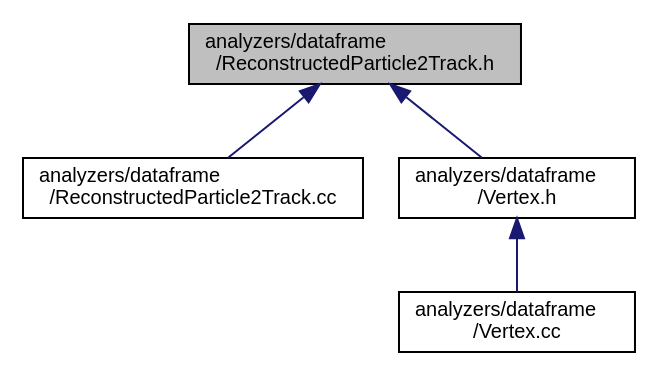
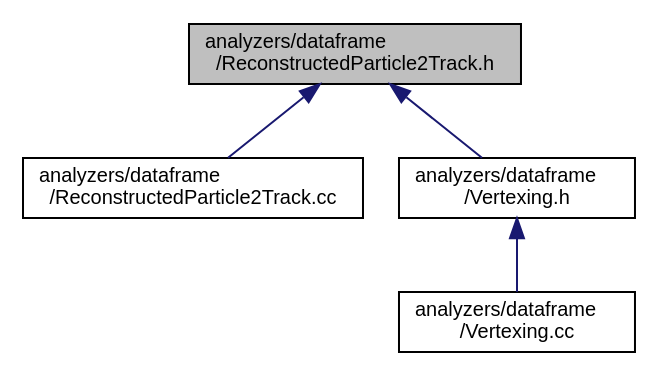
One commit to HEP-FCC/FCCAnalyses changed the diagram in doc/latest/_reconstructed_particle2_track_8h__dep__incl.dot. Above: the diagram before and after it, drawn with Graphviz. The commit also changed 142 other files, not shown here.

```diff
--- a/doc/latest/_reconstructed_particle2_track_8h__dep__incl.dot
+++ b/doc/latest/_reconstructed_particle2_track_8h__dep__incl.dot
@@ -1,13 +1,13 @@
 digraph "analyzers/dataframe/ReconstructedParticle2Track.h"
 {
  // LATEX_PDF_SIZE
   edge [fontname="Helvetica",fontsize="10",labelfontname="Helvetica",labelfontsize="10"];
   node [fontname="Helvetica",fontsize="10",shape=record];
   Node1 [label="analyzers/dataframe\l/ReconstructedParticle2Track.h",height=0.2,width=0.4,color="black", fillcolor="grey75", style="filled", fontcolor="black",tooltip=" "];
   Node1 -> Node2 [dir="back",color="midnightblue",fontsize="10",style="solid",fontname="Helvetica"];
   Node2 [label="analyzers/dataframe\l/ReconstructedParticle2Track.cc",height=0.2,width=0.4,color="black", fillcolor="white", style="filled",URL="$_reconstructed_particle2_track_8cc.html",tooltip=" "];
   Node1 -> Node3 [dir="back",color="midnightblue",fontsize="10",style="solid",fontname="Helvetica"];
-  Node3 [label="analyzers/dataframe\l/Vertex.h",height=0.2,width=0.4,color="black", fillcolor="white", style="filled",URL="$_vertex_8h.html",tooltip=" "];
+  Node3 [label="analyzers/dataframe\l/Vertexing.h",height=0.2,width=0.4,color="black", fillcolor="white", style="filled",URL="$_vertexing_8h.html",tooltip=" "];
   Node3 -> Node4 [dir="back",color="midnightblue",fontsize="10",style="solid",fontname="Helvetica"];
-  Node4 [label="analyzers/dataframe\l/Vertex.cc",height=0.2,width=0.4,color="black", fillcolor="white", style="filled",URL="$_vertex_8cc.html",tooltip=" "];
+  Node4 [label="analyzers/dataframe\l/Vertexing.cc",height=0.2,width=0.4,color="black", fillcolor="white", style="filled",URL="$_vertexing_8cc.html",tooltip=" "];
 }
```
